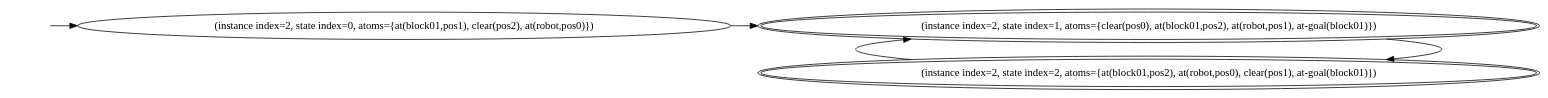
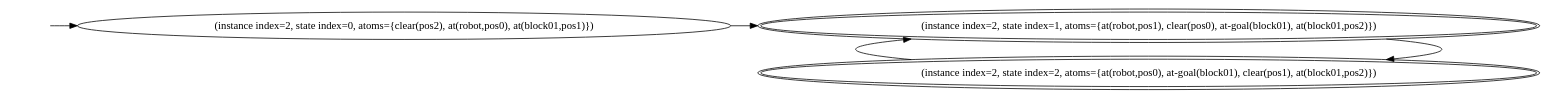
One commit to rakhmanu/sketch-learner-pymimir1 changed the diagram in workspace/problem_1_3_1.dot. Above: the diagram before and after it, drawn with Graphviz. The commit also changed 16 other files, not shown here.

```diff
--- a/workspace/problem_1_3_1.dot
+++ b/workspace/problem_1_3_1.dot
@@ -1,18 +1,18 @@
 digraph {
 rankdir="LR"
-s0[label="(instance index=2, state index=0, atoms={at(block01,pos1), clear(pos2), at(robot,pos0)})"]
-s1[peripheries=2,label="(instance index=2, state index=1, atoms={clear(pos0), at(block01,pos2), at(robot,pos1), at-goal(block01)})"]
-s2[peripheries=2,label="(instance index=2, state index=2, atoms={at(block01,pos2), at(robot,pos0), clear(pos1), at-goal(block01)})"]
+s0[label="(instance index=2, state index=0, atoms={clear(pos2), at(robot,pos0), at(block01,pos1)})"]
+s1[peripheries=2,label="(instance index=2, state index=1, atoms={at(robot,pos1), clear(pos0), at-goal(block01), at(block01,pos2)})"]
+s2[peripheries=2,label="(instance index=2, state index=2, atoms={at(robot,pos0), at-goal(block01), clear(pos1), at(block01,pos2)})"]
 Dangling [ label = "", style = invis ]
 { rank = same; Dangling }
 Dangling -> s0
 { rank = same; s0}
 { rank = same; s1,s2}
 {
 s0->s1
 }
 {
 s1->s2
 s2->s1
 }
 }
```
